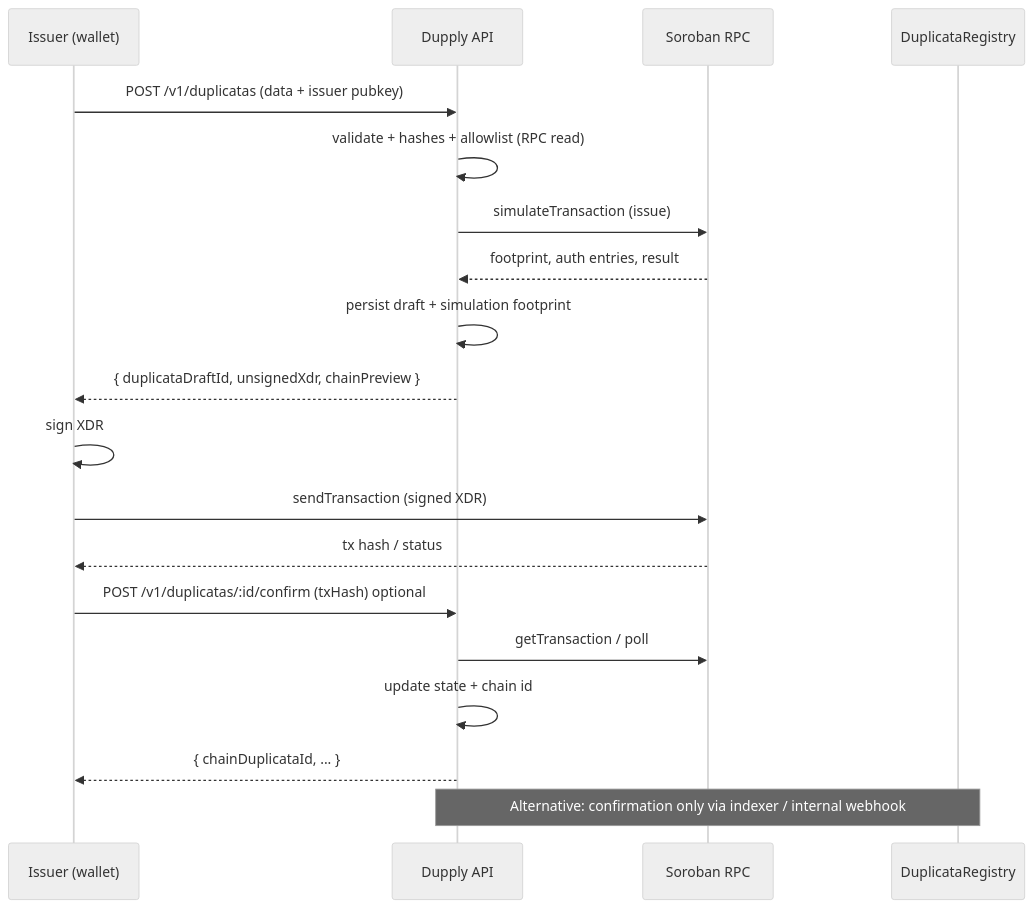
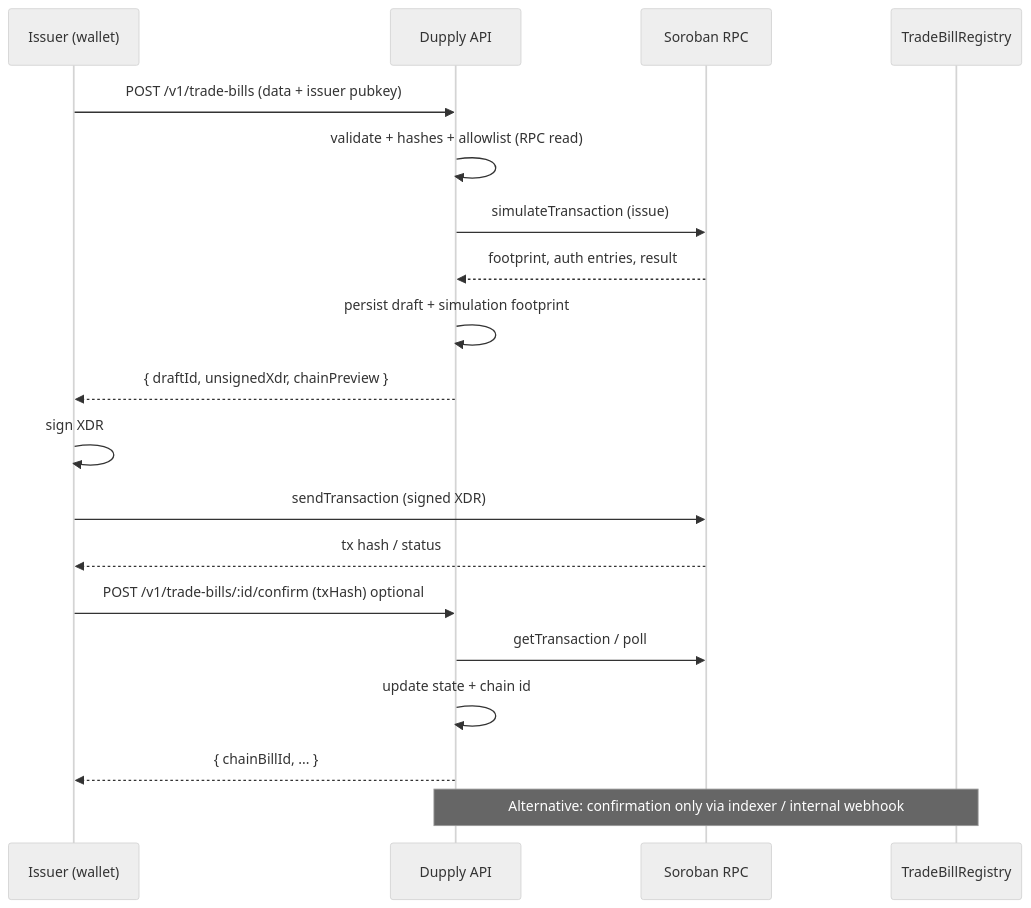
The diagram in docs/notes/2026-05-18_v1-duplicata-contract-integration-architecture.md (vvmafra/dupply-backend), drawn with Mermaid (neutral theme) before and after one commit. The commit also changed other lines of this file and 61 other files, not shown here.

First line of the commit message:
feat(backend): root layout, English trade-bill stack, remove packages

````diff
--- a/docs/notes/2026-05-18_v1-duplicata-contract-integration-architecture.md
+++ b/docs/notes/2026-05-18_v1-duplicata-contract-integration-architecture.md
@@ -40,25 +40,25 @@
 ```mermaid
 sequenceDiagram
   participant U as Issuer (wallet)
   participant API as Dupply API
   participant RPC as Soroban RPC
-  participant C as DuplicataRegistry
+  participant C as TradeBillRegistry
 
-  U->>API: POST /v1/duplicatas (data + issuer pubkey)
+  U->>API: POST /v1/trade-bills (data + issuer pubkey)
   API->>API: validate + hashes + allowlist (RPC read)
   API->>RPC: simulateTransaction (issue)
   RPC-->>API: footprint, auth entries, result
   API->>API: persist draft + simulation footprint
-  API-->>U: { duplicataDraftId, unsignedXdr, chainPreview }
+  API-->>U: { draftId, unsignedXdr, chainPreview }
 
   U->>U: sign XDR
   U->>RPC: sendTransaction (signed XDR)
   RPC-->>U: tx hash / status
 
-  U->>API: POST /v1/duplicatas/:id/confirm (txHash) optional
+  U->>API: POST /v1/trade-bills/:id/confirm (txHash) optional
   API->>RPC: getTransaction / poll
   API->>API: update state + chain id
-  API-->>U: { chainDuplicataId, ... }
+  API-->>U: { chainBillId, ... }
 
   Note over API,C: Alternative: confirmation only via indexer / internal webhook
 ```
````
